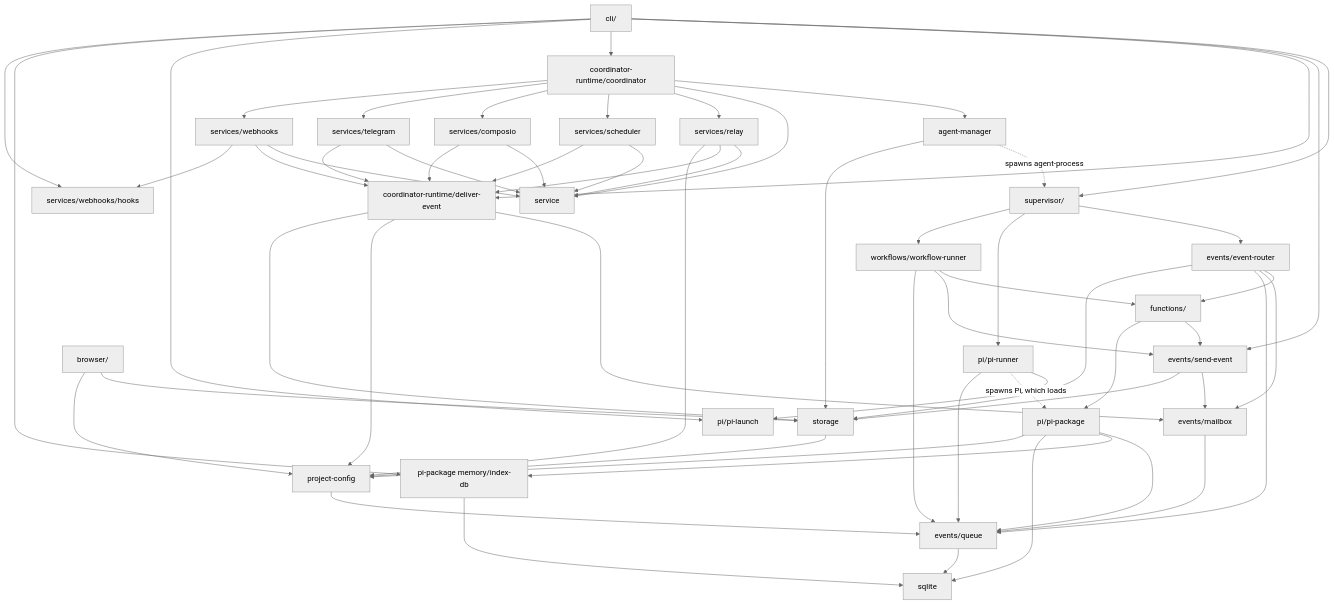
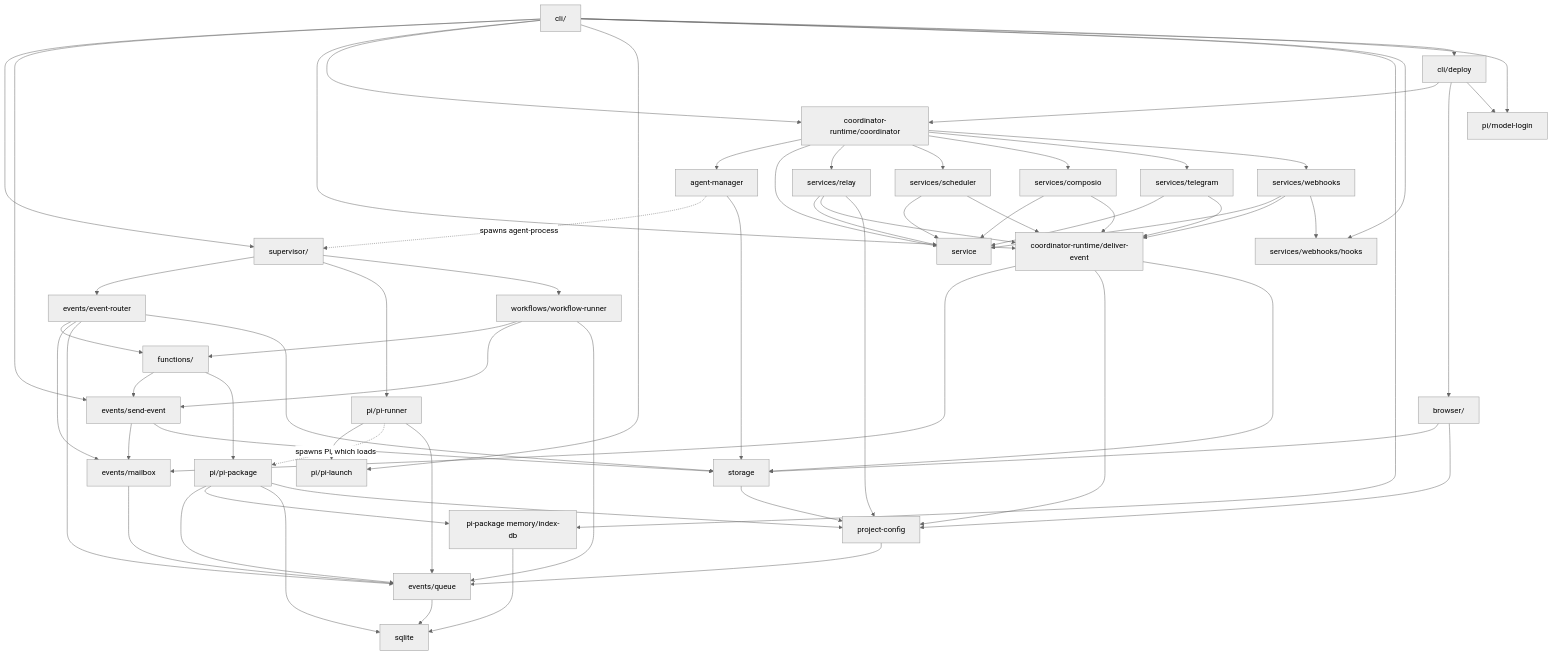
The diagram in docs/high_level_design.md (cognisphere-sh/agent-x), drawn with Mermaid (neutral theme) before and after one commit. The commit also changed other lines of this file and 53 other files, not shown here.

````diff
--- a/docs/high_level_design.md
+++ b/docs/high_level_design.md
@@ -46,25 +47,27 @@
 ```mermaid
 flowchart TD
   CLI["cli/"] --> SUP["supervisor/"] & SEND["events/send-event"] & DELIV["coordinator-runtime/deliver-event"] & COORD["coordinator-runtime/coordinator"] & LAUNCH["pi/pi-launch"] & MEMDB["pi-package memory/index-db"]
   CLI --> HOOKS["services/webhooks/hooks"]
+  CLI --> DEP["cli/deploy"] --> COORD & BR
+  CLI & DEP --> ML["pi/model-login"]
   COORD --> MGR["agent-manager"] & SVC["service"] & DELY["services/relay"] & SCHED["services/scheduler"] & CMP["services/composio"] & TG["services/telegram"] & WH["services/webhooks"]
   DELY & SCHED & CMP & TG & WH --> SVC
   DELY & SCHED & CMP & TG & WH --> DELIV
   WH --> HOOKS
   BR["browser/"] --> ST & PC
   MGR -. "spawns agent-process" .-> SUP
   SUP --> ER["events/event-router"] & PR["pi/pi-runner"] & WR["workflows/workflow-runner"]
   ER & WR --> FN["functions/"]
   FN --> SEND & PKG
   WR --> SEND
   PR --> LAUNCH
   PR -. "spawns Pi, which loads" .-> PKG["pi/pi-package"]
   ER & DELIV & SEND --> MB["events/mailbox"]
   ER & WR & PR & PKG & MB --> Q["events/queue"]
   PKG --> MEMDB
   Q & PKG & MEMDB --> SQL["sqlite"]
   PKG --> PC["project-config"]
   DELIV & DELY --> PC
   ER & SEND & DELIV & MGR --> ST["storage"]
   ST --> PC --> Q
 ```
````
